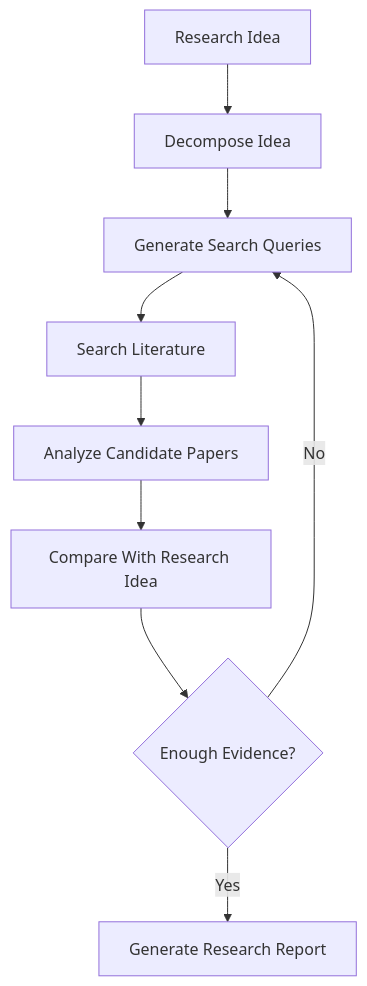
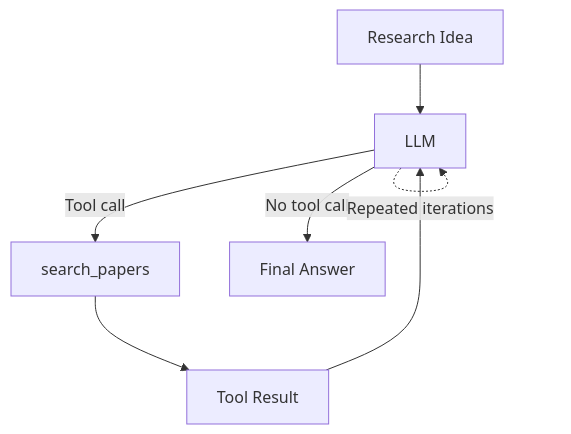
The second of 2 diagrams in README.md (Ali-Rahgozar/Research-Novelty-Scout), drawn with Mermaid before and after one commit. The commit also changed 5 other files, not shown here.

````diff
--- a/README.md
+++ b/README.md
@@ -16,12 +16,12 @@
 ```mermaid
 flowchart TD
-    I[Research Idea] --> D[Decompose Idea]
-    D --> Q[Generate Search Queries]
-    Q --> S[Search Literature]
-    S --> P[Analyze Candidate Papers]
-    P --> C[Compare With Research Idea]
-    C --> E{Enough Evidence?}
-    E -->|No| Q
-    E -->|Yes| R[Generate Research Report]
+    I[Research Idea] --> LLM[LLM]
 
+    LLM -->|Tool call| T[search_papers]
+    T --> R[Tool Result]
+    R --> LLM
+
+    LLM -->|No tool call| O[Final Answer]
+
+    LLM -.->|Repeated iterations| LLM
 ```
````
